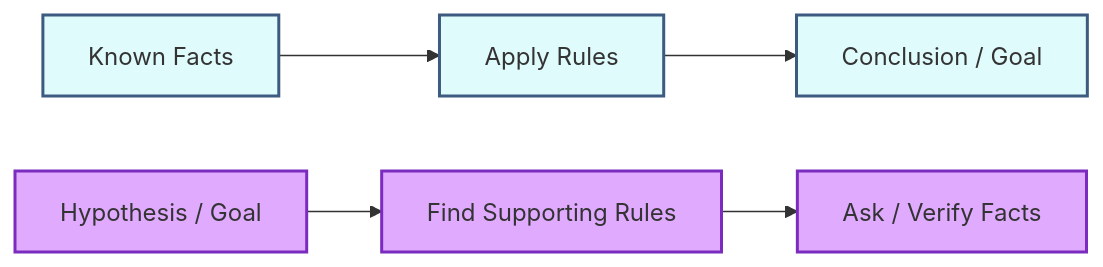
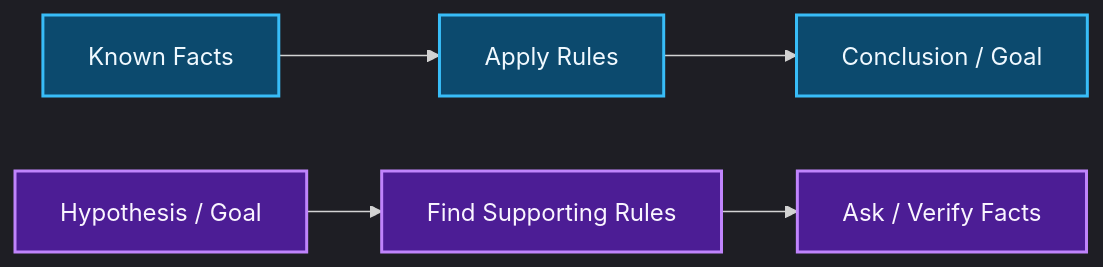
The second of 2 diagrams in AI-ML/Lec 03 - Expert Systems and Ontologies (Simplified).md (dulithdivisekara/SLIIT-Y2S1-vault), drawn with Mermaid before and after one commit. The commit also changed other lines of this file, not shown here.

Commit message:
Refactor expert system architecture and ontology sections

````diff
--- a/AI-ML/Lec 03 - Expert Systems and Ontologies (Simplified).md
+++ b/AI-ML/Lec 03 - Expert Systems and Ontologies (Simplified).md
@@ -86,11 +80,13 @@
 ```mermaid
+%%{init: {'theme': 'dark'}}%%
 graph LR
-    classDef fwd fill:#e0fbfc,stroke:#3d5a80,stroke-width:2px;
-    classDef bwd fill:#e0aaff,stroke:#7b2cbf,stroke-width:2px;
+    classDef fwd fill:#0c4a6e,stroke:#38bdf8,stroke-width:2px,color:#f0f9ff;
+    classDef bwd fill:#4c1d95,stroke:#c084fc,stroke-width:2px,color:#faf5ff;
 
     F1[Known Facts]:::fwd --> R1[Apply Rules]:::fwd
     R1 --> C1[Conclusion / Goal]:::fwd
 
     G1[Hypothesis / Goal]:::bwd --> R2[Find Supporting Rules]:::bwd
     R2 --> F2[Ask / Verify Facts]:::bwd
+
 ```
````
